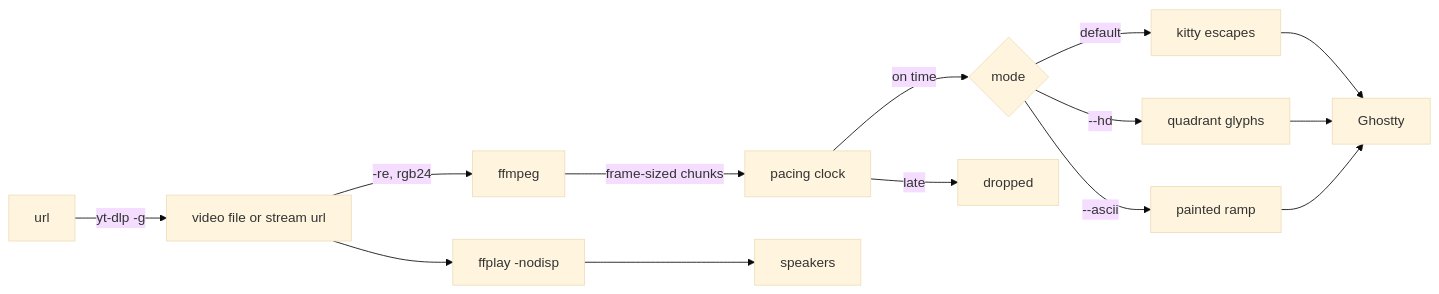
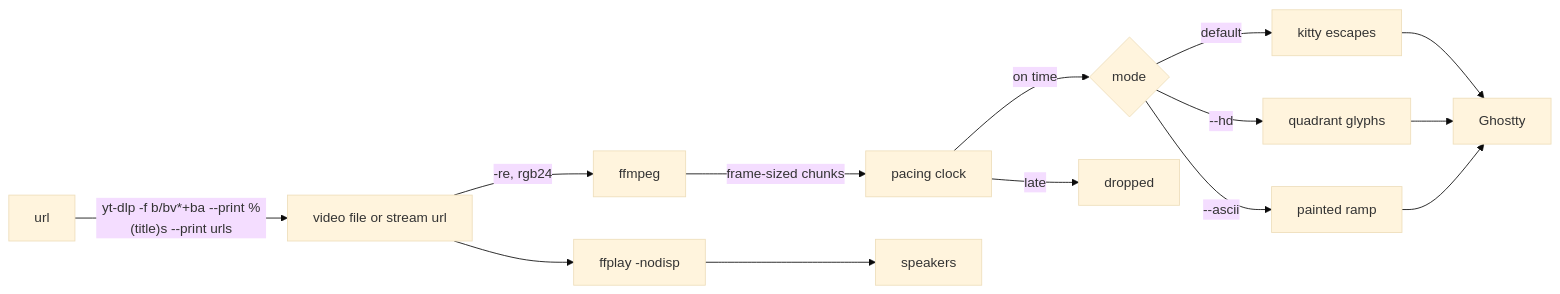
Before and after one commit to nitrimandylis/jazz: the diagram in README.md, drawn with Mermaid (base theme). The commit also changed other lines of this file and 4 other files, not shown here.

````diff
--- a/README.md
+++ b/README.md
@@ -78,14 +78,14 @@
 ```mermaid
 flowchart LR
-    U[url] -->|yt-dlp -g| V
+    U[url] -->|"yt-dlp -f b/bv*+ba --print %(title)s --print urls"| V
     V[video file or stream url] -->|"-re, rgb24"| F[ffmpeg]
     V --> P[ffplay -nodisp]
     F -->|frame-sized chunks| C[pacing clock]
     C -->|on time| R{mode}
     C -->|late| X[dropped]
     R -->|default| K[kitty escapes]
     R -->|--hd| Q[quadrant glyphs]
     R -->|--ascii| A[painted ramp]
     K & Q & A --> G[Ghostty]
     P --> S[speakers]
 ```
````
